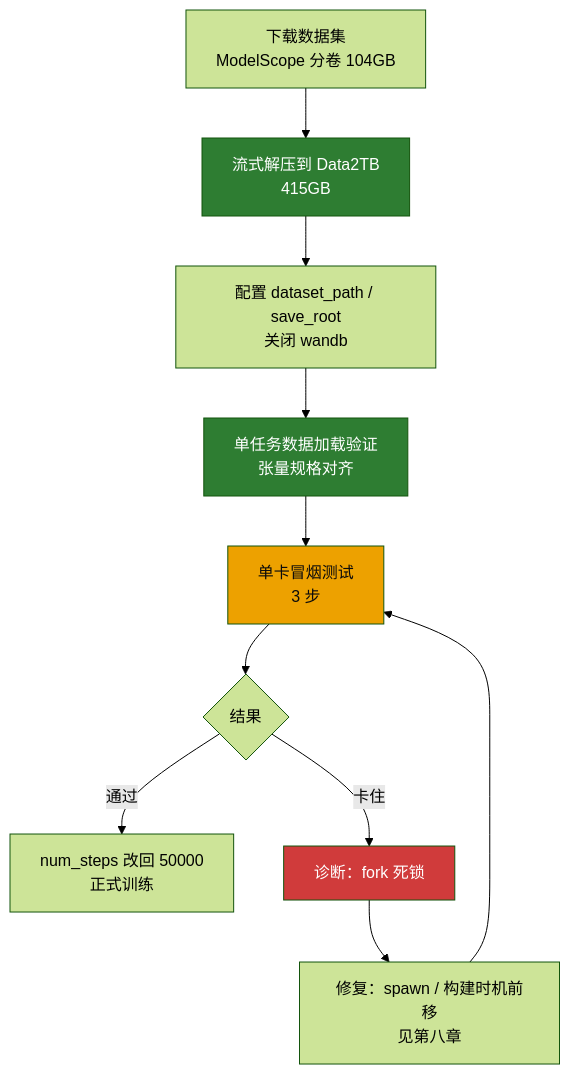
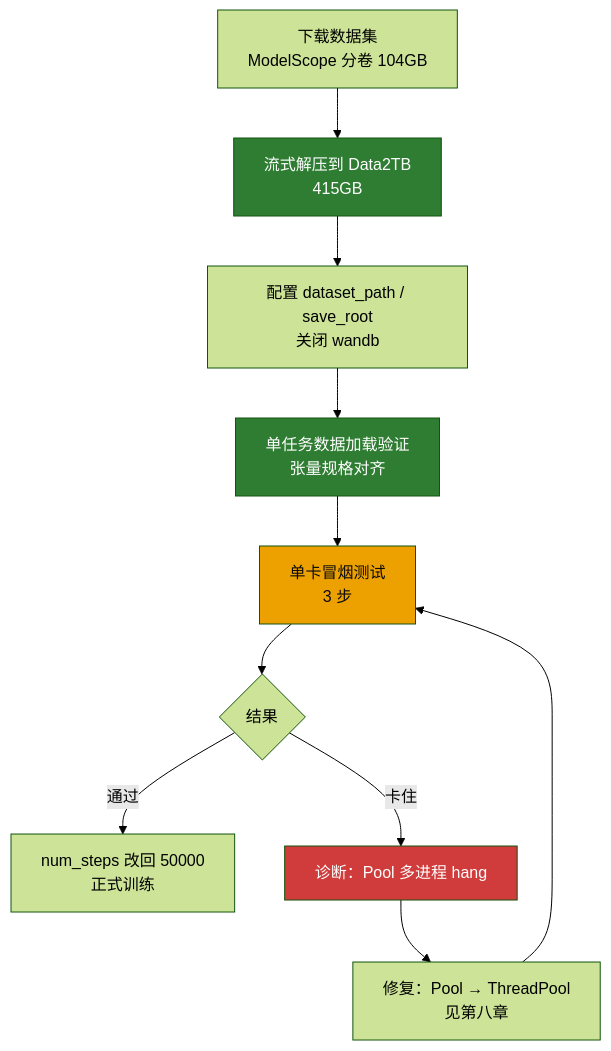
Before and after one commit to mosensefred/lingbot-va-deploy: the diagram in PHASE2_TRAINING.md, drawn with Mermaid (forest theme). The commit also changed other lines of this file, not shown here.

Commit message:
docs: 更新阶段二诊断——根因实锤为 multiprocessing.Pool 多进程 hang，修复为 ThreadPool（已通过冒烟测试验证）

````diff
--- a/PHASE2_TRAINING.md
+++ b/PHASE2_TRAINING.md
@@ -10,17 +10,17 @@
 ```mermaid
 flowchart TD
     A[下载数据集<br/>ModelScope 分卷 104GB] --> B[流式解压到 Data2TB<br/>415GB]
     B --> C[配置 dataset_path / save_root<br/>关闭 wandb]
     C --> D[单任务数据加载验证<br/>张量规格对齐]
     D --> E[单卡冒烟测试<br/>3 步]
     E --> F{结果}
     F -->|通过| G[num_steps 改回 50000<br/>正式训练]
-    F -->|卡住| H[诊断：fork 死锁]
-    H --> I[修复：spawn / 构建时机前移<br/>见第八章]
+    F -->|卡住| H[诊断：Pool 多进程 hang]
+    H --> I[修复：Pool → ThreadPool<br/>见第八章]
     I --> E
 
     style B fill:#2e7d32,color:#fff
     style D fill:#2e7d32,color:#fff
     style H fill:#d03b3b,color:#fff
     style E fill:#eda100,color:#0b0b0b
 ```
````
